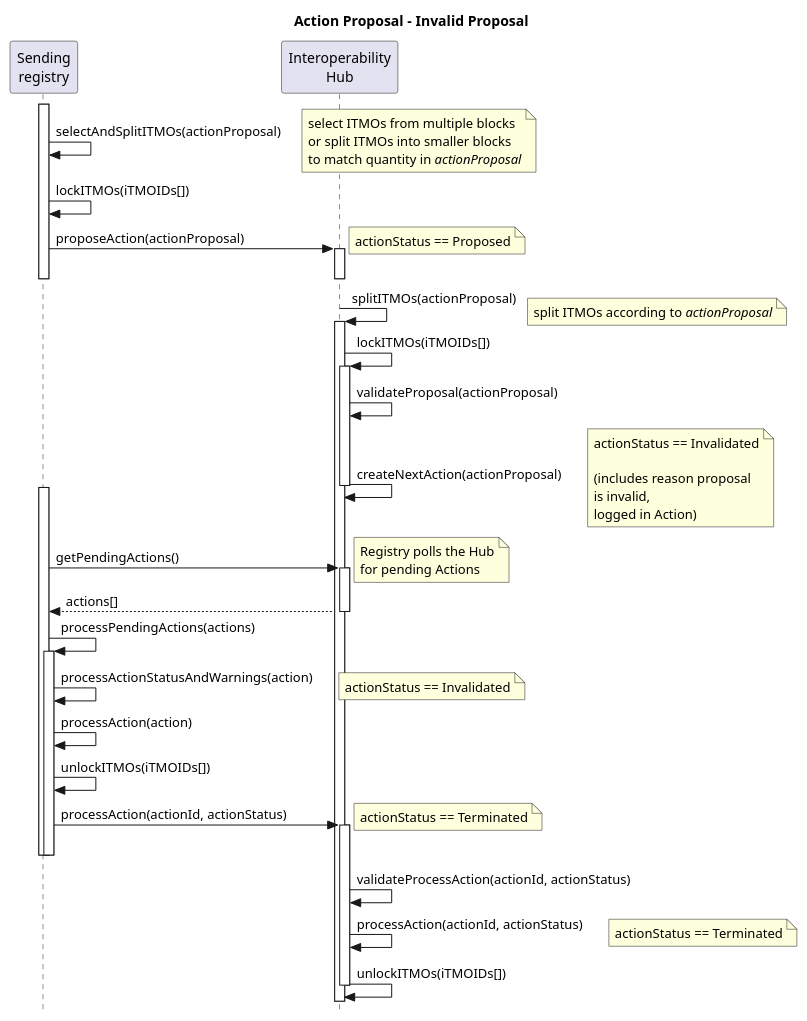
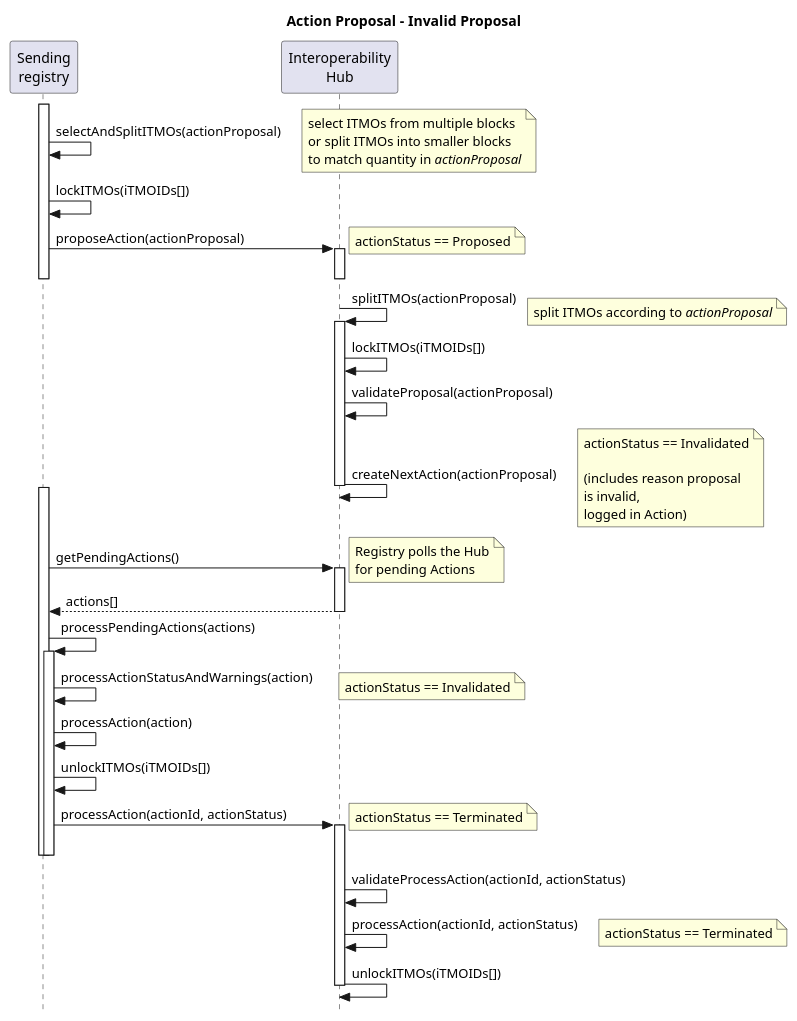
Before and after one commit to frankcnng/CARP: the diagram in diagrams/actionProposal_Invalid_Sequence.puml, drawn with PlantUML.

```diff
--- a/diagrams/actionProposal_Invalid_Sequence.puml
+++ b/diagrams/actionProposal_Invalid_Sequence.puml
@@ -2,52 +2,52 @@
 @startuml actionProposal_Invalid_Sequence
 
 title Action Proposal - Invalid Proposal
 
 skinparam style strictuml
 
 participant "Sending\nregistry" as Sender
 participant "Interoperability\nHub" as Hub
 
 activate Sender
 Sender -> Sender: selectAndSplitITMOs(actionProposal)
 note right: select ITMOs from multiple blocks\nor split ITMOs into smaller blocks\nto match quantity in //actionProposal//
 
 
 Sender -> Sender: lockITMOs(iTMOIDs[])
 Sender -> Hub++ : proposeAction(actionProposal)
 note right: actionStatus == Proposed
 deactivate Sender
 deactivate Hub
 
 Hub -> Hub++: splitITMOs(actionProposal)
 note right: split ITMOs according to //actionProposal//
-Hub -> Hub++: lockITMOs(iTMOIDs[])
+Hub -> Hub: lockITMOs(iTMOIDs[])
 Hub -> Hub: validateProposal(actionProposal)
 Hub -> Hub--: createNextAction(actionProposal)
 note right: actionStatus == Invalidated\n\n(includes reason proposal\nis invalid,\nlogged in Action)
 
 activate Sender
 Sender -> Hub++ : getPendingActions()
 note right: Registry polls the Hub\nfor pending Actions
 
 Sender <-- Hub: actions[]
 deactivate Hub
 
 Sender -> Sender: processPendingActions(actions)
 activate Sender
 Sender -> Sender: processActionStatusAndWarnings(action)
 note right: actionStatus == Invalidated
 
 Sender -> Sender: processAction(action)
 Sender -> Sender: unlockITMOs(iTMOIDs[])
 
 Sender -> Hub++: processAction(actionId, actionStatus)
 note right: actionStatus == Terminated
 deactivate Sender
 deactivate Sender
 Hub -> Hub: validateProcessAction(actionId, actionStatus)
 Hub -> Hub: processAction(actionId, actionStatus)
 note right: actionStatus == Terminated
 Hub -> Hub--: unlockITMOs(iTMOIDs[])
 
 @enduml
```
